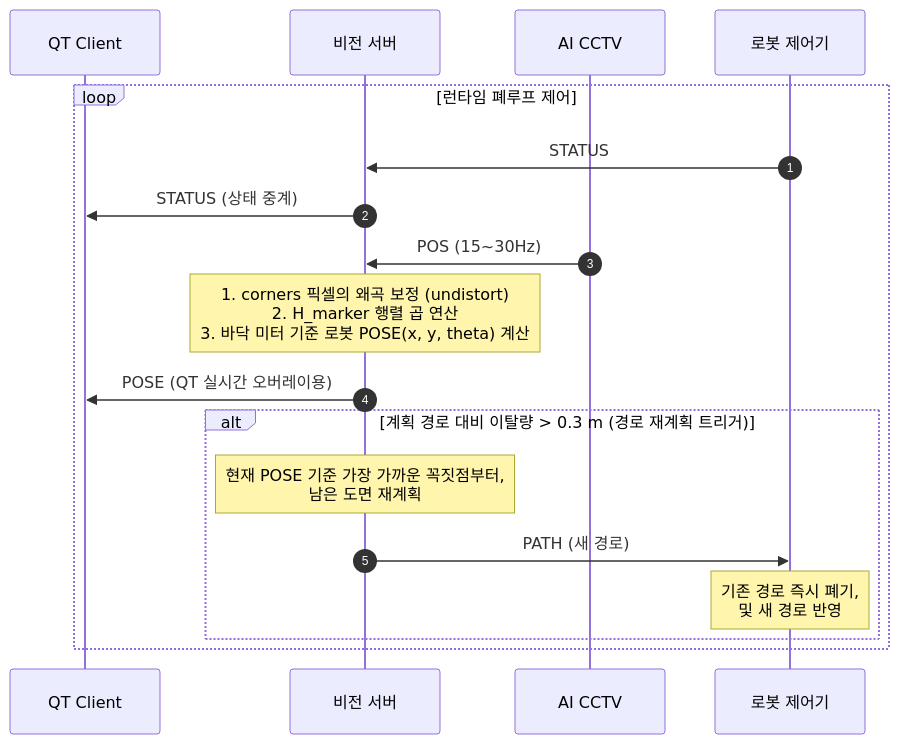
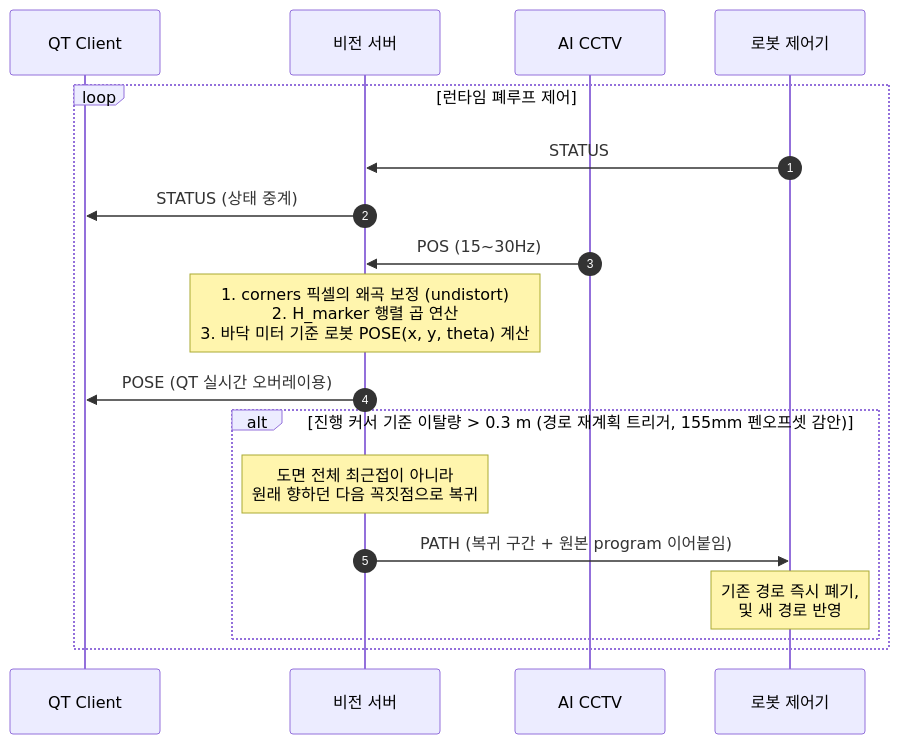
The fifth of 6 diagrams in Server/server_PROTOCOL.md (veda-4th-team4/Road_Painter_4th), drawn with Mermaid before and after one commit. The commit also changed other lines of this file and 13 other files, not shown here.

````diff
--- a/Server/server_PROTOCOL.md
+++ b/Server/server_PROTOCOL.md
@@ -804,25 +888,25 @@
 ```mermaid
 sequenceDiagram
     autonumber
     participant QT as QT Client
     participant Server as 비전 서버
     participant CCTV as AI CCTV
     participant ROBOT as 로봇 제어기
 
     loop 런타임 폐루프 제어
         ROBOT->>Server: STATUS
         Server->>QT: STATUS (상태 중계)
 
         CCTV->>Server: POS (15~30Hz)
         
         Note over Server: 1. corners 픽셀의 왜곡 보정 (undistort)<br/>2. H_marker 행렬 곱 연산<br/>3. 바닥 미터 기준 로봇 POSE(x, y, theta) 계산
         
         Server->>QT: POSE (QT 실시간 오버레이용)
 
-        alt 계획 경로 대비 이탈량 > 0.3 m (경로 재계획 트리거)
-            Note over Server: 현재 POSE 기준 가장 가까운 꼭짓점부터,<br/>남은 도면 재계획
-            Server->>ROBOT: PATH (새 경로)
+        alt 진행 커서 기준 이탈량 > 0.3 m (경로 재계획 트리거, 155mm 펜오프셋 감안)
+            Note over Server: 도면 전체 최근접이 아니라<br/>원래 향하던 다음 꼭짓점으로 복귀
+            Server->>ROBOT: PATH (복귀 구간 + 원본 program 이어붙임)
             Note over ROBOT: 기존 경로 즉시 폐기,<br/>및 새 경로 반영
         end
     end
 ```
````
